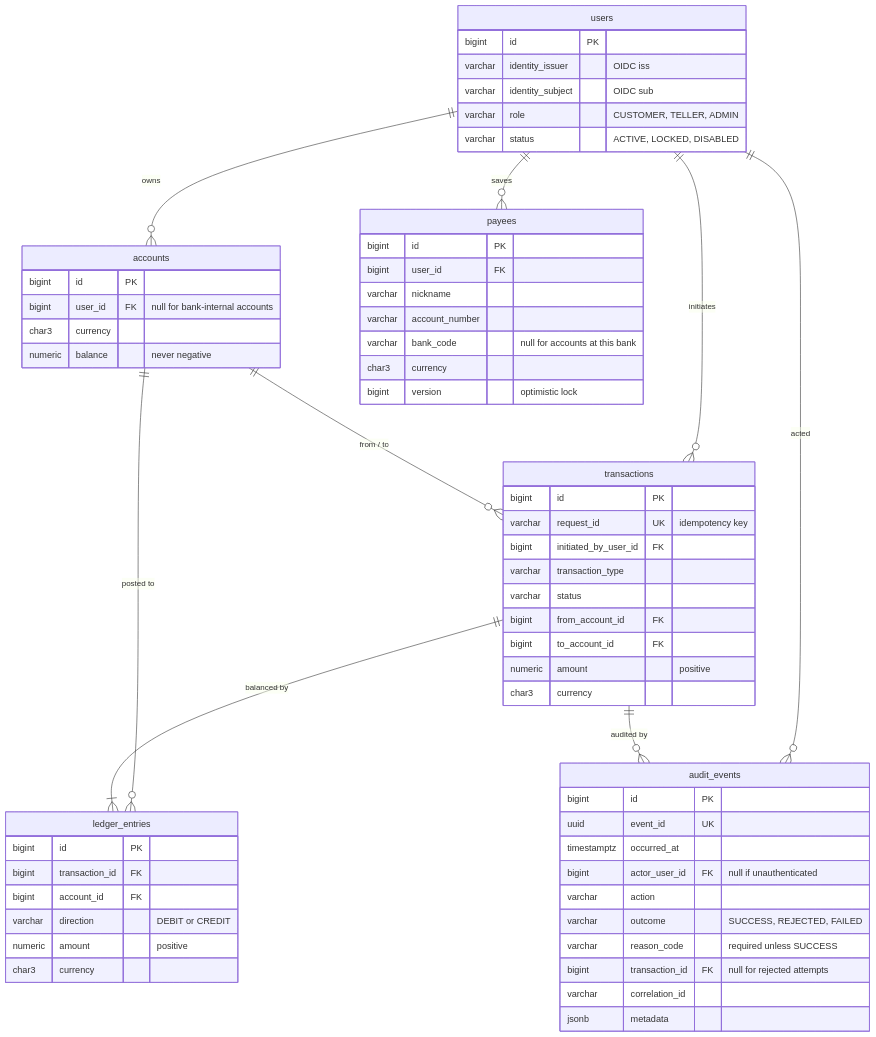
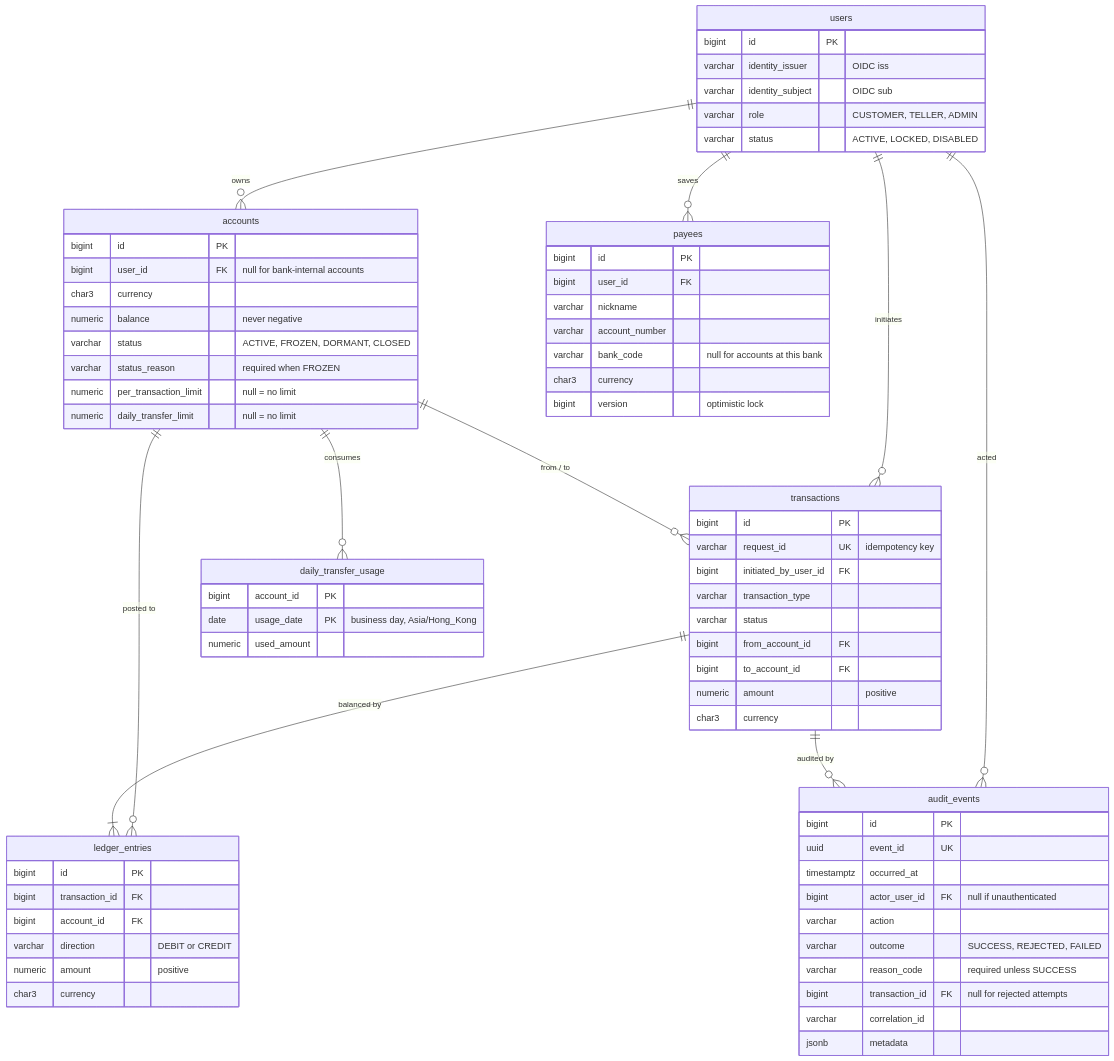
The diagram in docs/database.md (zhlzxa/core-banking-service), drawn with Mermaid before and after one commit. The commit also changed other lines of this file and 4 other files, not shown here.

First line of the commit message:
docs: record the cumulative limit design and document account controls

````diff
--- a/docs/database.md
+++ b/docs/database.md
@@ -9,65 +9,75 @@
 ```mermaid
 erDiagram
     users ||--o{ accounts : "owns"
     users ||--o{ transactions : "initiates"
     accounts ||--o{ transactions : "from / to"
     accounts ||--o{ ledger_entries : "posted to"
     transactions ||--|{ ledger_entries : "balanced by"
     users ||--o{ audit_events : "acted"
     users ||--o{ payees : "saves"
+    accounts ||--o{ daily_transfer_usage : "consumes"
     transactions ||--o{ audit_events : "audited by"
 
     users {
         bigint id PK
         varchar identity_issuer "OIDC iss"
         varchar identity_subject "OIDC sub"
         varchar role "CUSTOMER, TELLER, ADMIN"
         varchar status "ACTIVE, LOCKED, DISABLED"
     }
     accounts {
         bigint id PK
         bigint user_id FK "null for bank-internal accounts"
         char3 currency
         numeric balance "never negative"
+        varchar status "ACTIVE, FROZEN, DORMANT, CLOSED"
+        varchar status_reason "required when FROZEN"
+        numeric per_transaction_limit "null = no limit"
+        numeric daily_transfer_limit "null = no limit"
+    }
+    daily_transfer_usage {
+        bigint account_id PK
+        date usage_date PK "business day, Asia/Hong_Kong"
+        numeric used_amount
     }
     transactions {
         bigint id PK
         varchar request_id UK "idempotency key"
         bigint initiated_by_user_id FK
         varchar transaction_type
         varchar status
         bigint from_account_id FK
         bigint to_account_id FK
         numeric amount "positive"
         char3 currency
     }
     audit_events {
         bigint id PK
         uuid event_id UK
         timestamptz occurred_at
         bigint actor_user_id FK "null if unauthenticated"
         varchar action
         varchar outcome "SUCCESS, REJECTED, FAILED"
         varchar reason_code "required unless SUCCESS"
         bigint transaction_id FK "null for rejected attempts"
         varchar correlation_id
         jsonb metadata
     }
     payees {
         bigint id PK
         bigint user_id FK
         varchar nickname
         varchar account_number
         varchar bank_code "null for accounts at this bank"
         char3 currency
         bigint version "optimistic lock"
     }
     ledger_entries {
         bigint id PK
         bigint transaction_id FK
         bigint account_id FK
         varchar direction "DEBIT or CREDIT"
         numeric amount "positive"
         char3 currency
     }
 ```
````
